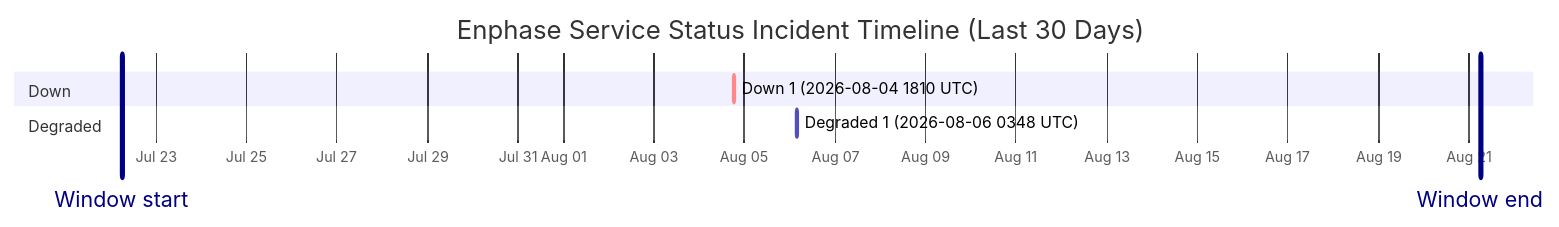
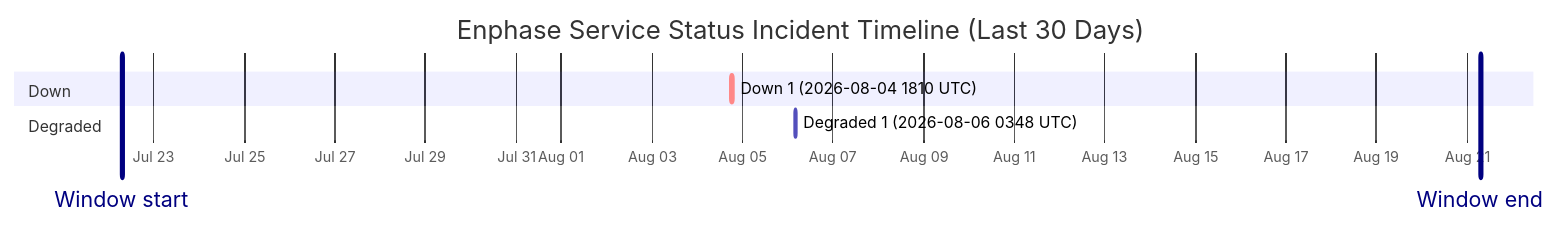
Before and after one commit to barneyonline/ha-enphase-energy: the diagram in wiki/Service-Status-History.md, drawn with Mermaid. The commit also changed other lines of this file and 3 other files, not shown here.

````diff
--- a/wiki/Service-Status-History.md
+++ b/wiki/Service-Status-History.md
@@ -14,12 +14,12 @@
 ```mermaid
 gantt
     title Enphase Service Status Incident Timeline (Last 30 Days)
     dateFormat  YYYY-MM-DDTHH:mm:ss
     axisFormat  %b %d
-    Window start :vert, window-start, 2026-07-22T06:00:12, 0ms
-    Window end :vert, window-end, 2026-08-21T06:00:12, 0ms
+    Window start :vert, window-start, 2026-07-22T06:59:59, 0ms
+    Window end :vert, window-end, 2026-08-21T06:59:59, 0ms
     section Down
     Down 1 (2026-08-04 1810 UTC) :crit, down-1, 2026-08-04T18:10:46, 60m
     section Degraded
     Degraded 1 (2026-08-06 0348 UTC) :active, degraded-1, 2026-08-06T03:48:14, 60m
 ```
````
